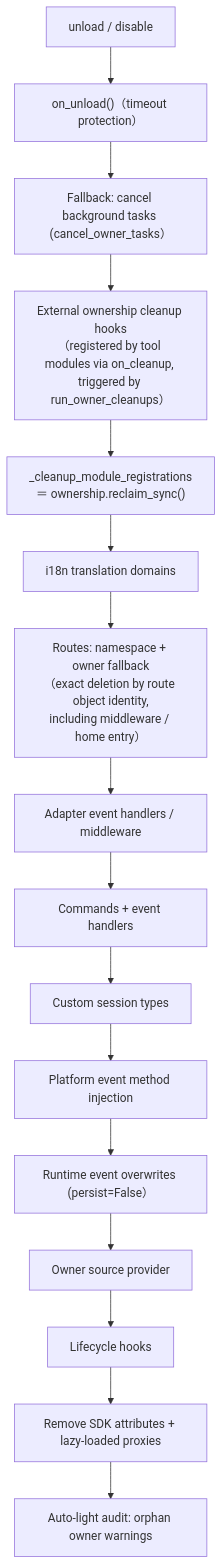
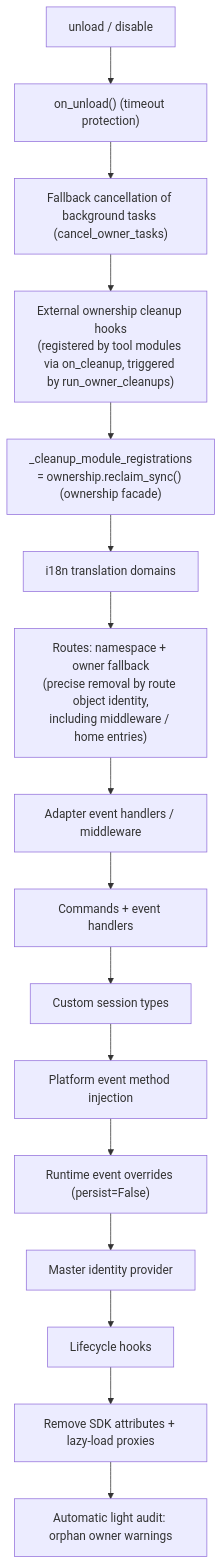
One commit to ErisPulse/ErisPulse changed the diagram in docs/en/advanced/ownership.md. Above: the diagram before and after it, drawn with Mermaid. The commit also changed other lines of this file and 194 other files, not shown here.

````diff
--- a/docs/en/advanced/ownership.md
+++ b/docs/en/advanced/ownership.md
@@ -83,18 +95,18 @@
 ```mermaid
 flowchart TD
-    A["unload / disable"] --> B["on_unload()（timeout protection）"]
-    B --> C["Fallback: cancel background tasks (cancel_owner_tasks）"]
-    C --> C1["External ownership cleanup hooks<br/>（registered by tool modules via on_cleanup, triggered by run_owner_cleanups）"]
-    C1 --> D["_cleanup_module_registrations<br/>＝ ownership.reclaim_sync()"]
+    A["unload / disable"] --> B["on_unload() (timeout protection)"]
+    B --> C["Fallback cancellation of background tasks (cancel_owner_tasks)"]
+    C --> C1["External ownership cleanup hooks<br/>(registered by tool modules via on_cleanup, triggered by run_owner_cleanups)"]
+    C1 --> D["_cleanup_module_registrations<br/>= ownership.reclaim_sync() (ownership facade)"]
     D --> D1["i18n translation domains"]
-    D1 --> D2["Routes: namespace + owner fallback<br/>（exact deletion by route object identity,<br/>including middleware / home entry）"]
+    D1 --> D2["Routes: namespace + owner fallback<br/>(precise removal by route object identity,<br/>including middleware / home entries)"]
     D2 --> D3["Adapter event handlers / middleware"]
     D3 --> D4["Commands + event handlers"]
     D4 --> D5["Custom session types"]
     D5 --> D5b["Platform event method injection"]
-    D5b --> D6["Runtime event overwrites (persist=False）"]
-    D6 --> D7["Owner source provider"]
+    D5b --> D6["Runtime event overrides (persist=False)"]
+    D6 --> D7["Master identity provider"]
     D7 --> D8["Lifecycle hooks"]
-    D8 --> E["Remove SDK attributes + lazy-loaded proxies"]
-    E --> F["Auto-light audit: orphan owner warnings"]
+    D8 --> E["Remove SDK attributes + lazy-load proxies"]
+    E --> F["Automatic light audit: orphan owner warnings"]
 ```
````
